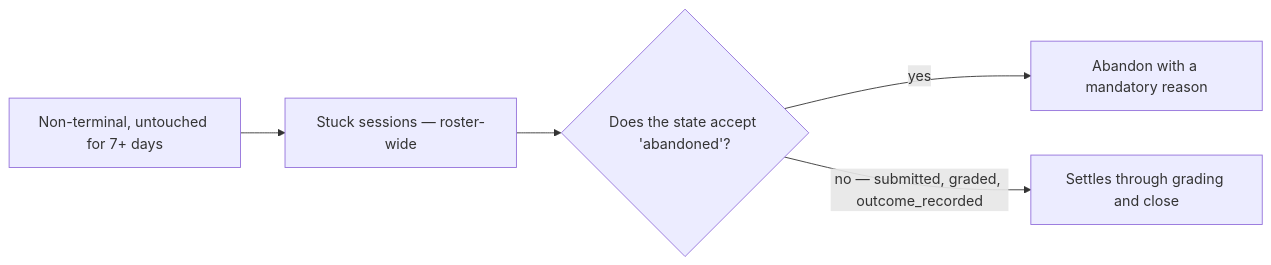
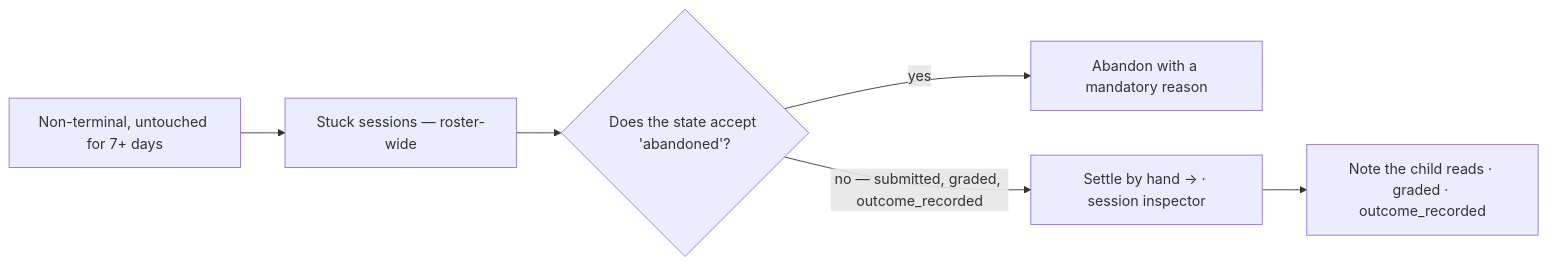
Before and after one commit to kckern/DaylightStation: diagram 15 of 16 in docs/reference/school/teacher.md, drawn with Mermaid. The commit also changed other lines of this file and 9 other files, not shown here.

````diff
--- a/docs/reference/school/teacher.md
+++ b/docs/reference/school/teacher.md
@@ -680,7 +712,8 @@
 ```mermaid
 flowchart LR
     S["Non-terminal, untouched for 7+ days"] --> LIST["Stuck sessions — roster-wide"]
     LIST --> C{"Does the state accept 'abandoned'?"}
     C -->|yes| A["Abandon with a mandatory reason"]
-    C -->|"no — submitted, graded, outcome_recorded"| G["Settles through grading and close"]
+    C -->|"no — submitted, graded, outcome_recorded"| G["Settle by hand → · session inspector"]
+    G --> H["Note the child reads · graded · outcome_recorded"]
 ```
````
